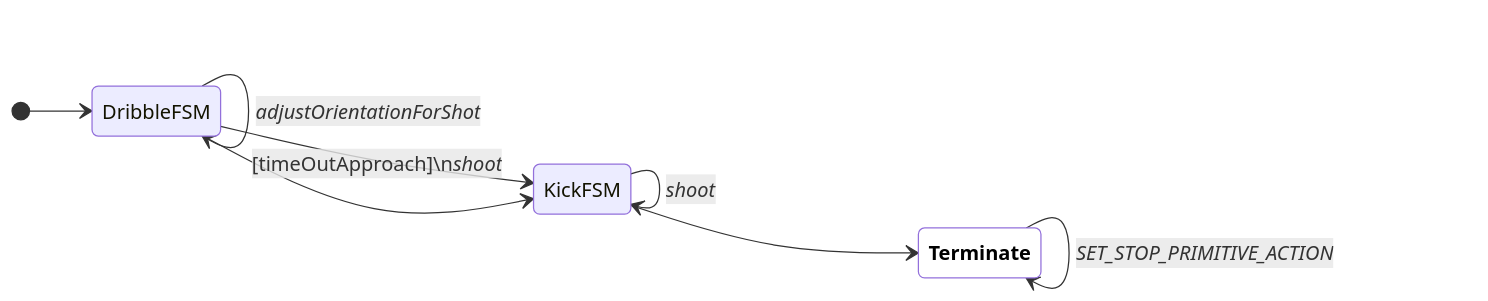
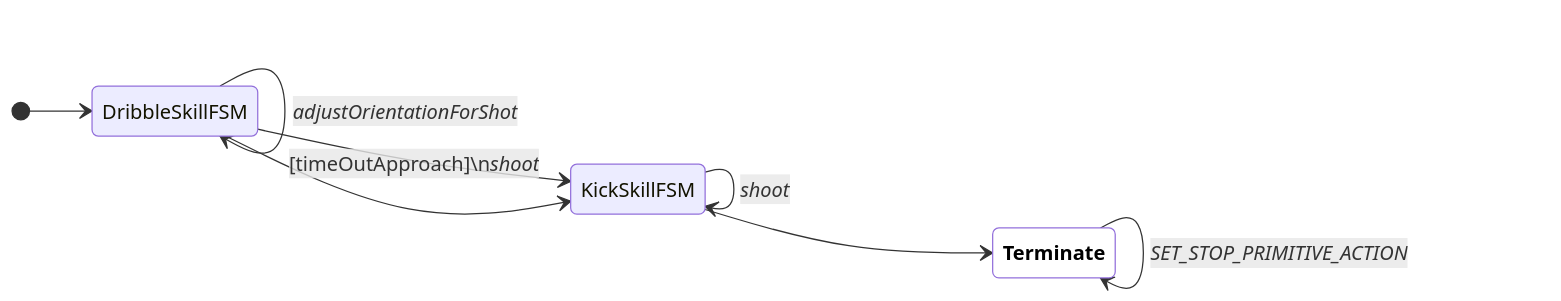
Diagram 21 of 24 in docs/fsm-diagrams.md (UBC-Thunderbots/Software), drawn with Mermaid before and after one commit. The commit also changed other lines of this file and 375 other files, not shown here.

````diff
--- a/docs/fsm-diagrams.md
+++ b/docs/fsm-diagrams.md
@@ -373,15 +396,15 @@
 ```mermaid
 
 stateDiagram-v2
 classDef terminate fill:white,color:black,font-weight:bold
 direction LR
-[*] --> DribbleFSM
-DribbleFSM --> DribbleFSM : [!takePenaltyShot]\n<i>updateApproachKeeper</i>
-DribbleFSM --> KickFSM : [timeOutApproach]\n<i>shoot</i>
-DribbleFSM --> DribbleFSM : <i>adjustOrientationForShot</i>
-DribbleFSM --> KickFSM
-KickFSM --> KickFSM : <i>shoot</i>
-KickFSM --> Terminate:::terminate
+[*] --> DribbleSkillFSM
+DribbleSkillFSM --> DribbleSkillFSM : [!takePenaltyShot]\n<i>updateApproachKeeper</i>
+DribbleSkillFSM --> KickSkillFSM : [timeOutApproach]\n<i>shoot</i>
+DribbleSkillFSM --> DribbleSkillFSM : <i>adjustOrientationForShot</i>
+DribbleSkillFSM --> KickSkillFSM
+KickSkillFSM --> KickSkillFSM : <i>shoot</i>
+KickSkillFSM --> Terminate:::terminate
 Terminate:::terminate --> Terminate:::terminate : <i>SET_STOP_PRIMITIVE_ACTION</i>
 
 ```
````
